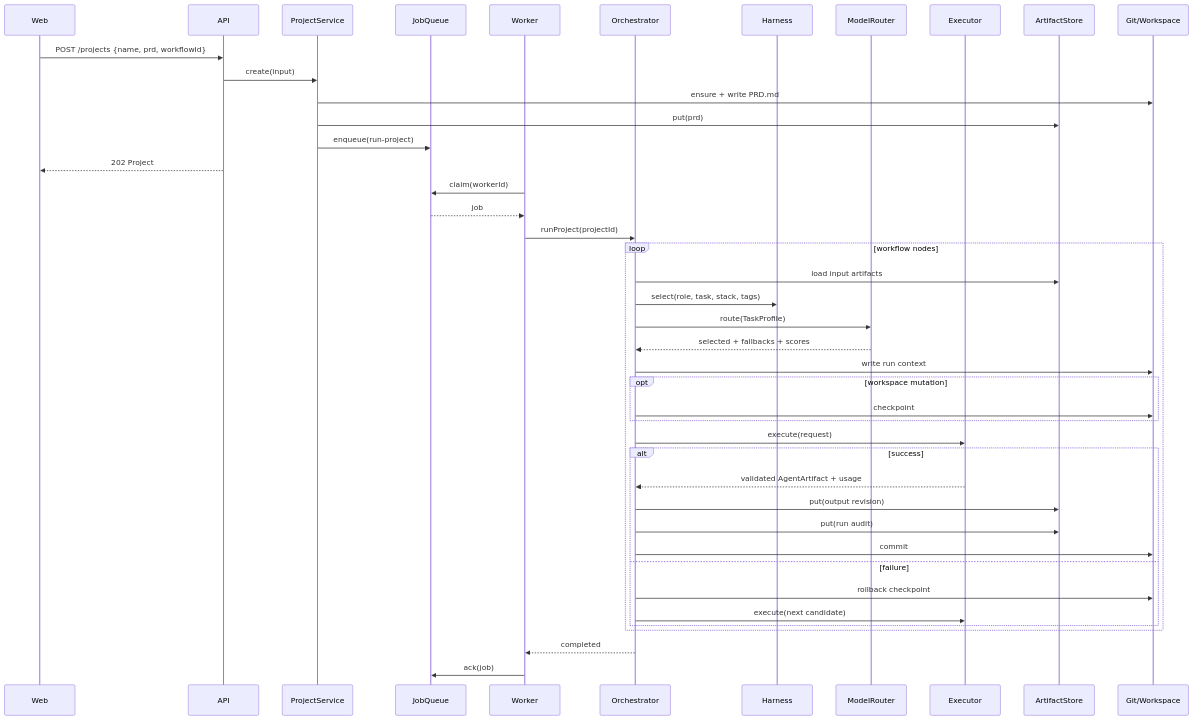
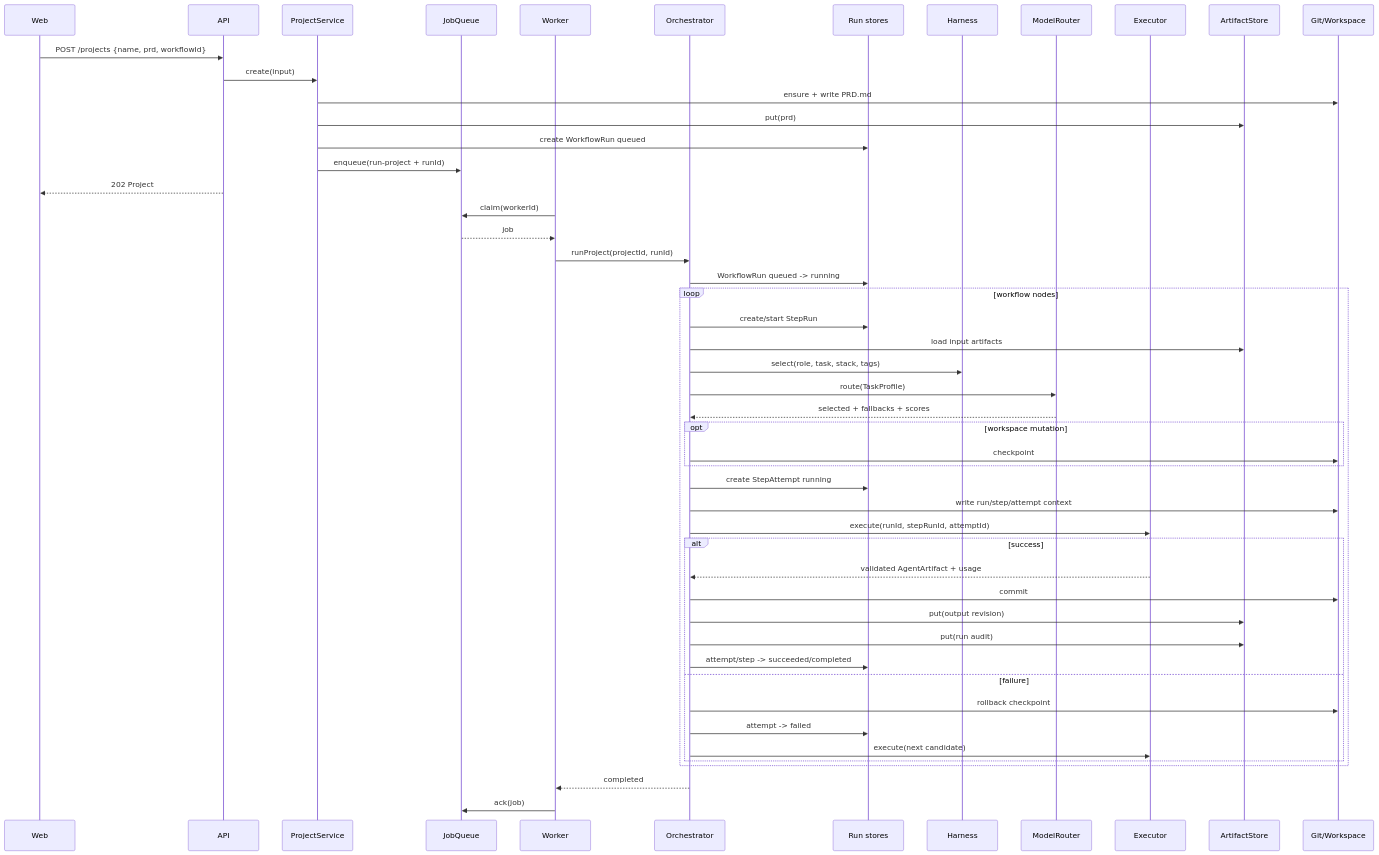
The second of 2 diagrams in docs/ARCHITECTURE.md (eedsilva/agent-foundry), drawn with Mermaid before and after one commit. The commit also changed other lines of this file and 4 other files, not shown here.

````diff
--- a/docs/ARCHITECTURE.md
+++ b/docs/ARCHITECTURE.md
@@ -121,49 +122,56 @@
 ```mermaid
 sequenceDiagram
     participant UI as Web
     participant API as API
     participant PS as ProjectService
     participant Q as JobQueue
     participant W as Worker
     participant O as Orchestrator
+    participant S as Run stores
     participant H as Harness
     participant R as ModelRouter
     participant E as Executor
     participant A as ArtifactStore
     participant G as Git/Workspace
 
     UI->>API: POST /projects {name, prd, workflowId}
     API->>PS: create(input)
     PS->>G: ensure + write PRD.md
     PS->>A: put(prd)
-    PS->>Q: enqueue(run-project)
+    PS->>S: create WorkflowRun queued
+    PS->>Q: enqueue(run-project + runId)
     API-->>UI: 202 Project
 
     W->>Q: claim(workerId)
     Q-->>W: job
-    W->>O: runProject(projectId)
+    W->>O: runProject(projectId, runId)
+    O->>S: WorkflowRun queued -> running
 
     loop workflow nodes
+      O->>S: create/start StepRun
       O->>A: load input artifacts
       O->>H: select(role, task, stack, tags)
       O->>R: route(TaskProfile)
       R-->>O: selected + fallbacks + scores
-      O->>G: write run context
       opt workspace mutation
         O->>G: checkpoint
       end
-      O->>E: execute(request)
+      O->>S: create StepAttempt running
+      O->>G: write run/step/attempt context
+      O->>E: execute(runId, stepRunId, attemptId)
       alt success
         E-->>O: validated AgentArtifact + usage
+        O->>G: commit
         O->>A: put(output revision)
         O->>A: put(run audit)
-        O->>G: commit
+        O->>S: attempt/step -> succeeded/completed
       else failure
         O->>G: rollback checkpoint
+        O->>S: attempt -> failed
         O->>E: execute(next candidate)
       end
     end
 
     O-->>W: completed
     W->>Q: ack(job)
 ```
````
